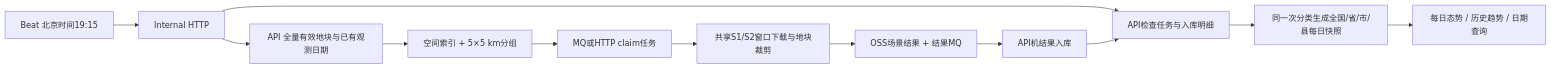
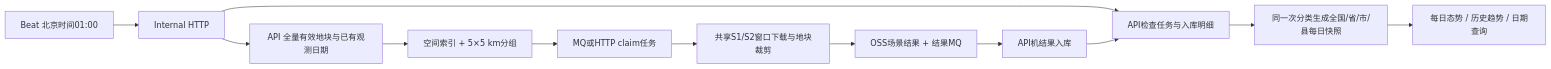
Before and after one commit to 520LuoTianxu/agric-satellite-analysis-api: the diagram in docs/adr/0026-daily-satellite-overview.md, drawn with Mermaid. The commit also changed other lines of this file and 13 other files, not shown here.

````diff
--- a/docs/adr/0026-daily-satellite-overview.md
+++ b/docs/adr/0026-daily-satellite-overview.md
@@ -9,14 +9,14 @@
 ```mermaid
 flowchart LR
-    B[Beat 北京时间19:15] --> H[Internal HTTP]
+    B[Beat 北京时间01:00] --> H[Internal HTTP]
     H --> A[API 全量有效地块与已有观测日期]
     A --> G[空间索引 + 5×5 km分组]
     G --> Q[MQ或HTTP claim任务]
     Q --> W[共享S1/S2窗口下载与地块裁剪]
     W --> O[OSS场景结果 + 结果MQ]
     O --> P[API机结果入库]
     H --> C[API检查任务与入库明细]
     P --> C
     C --> D[同一次分类生成全国/省/市/县每日快照]
     D --> U[每日态势 / 历史趋势 / 日期查询]
 ```
````
